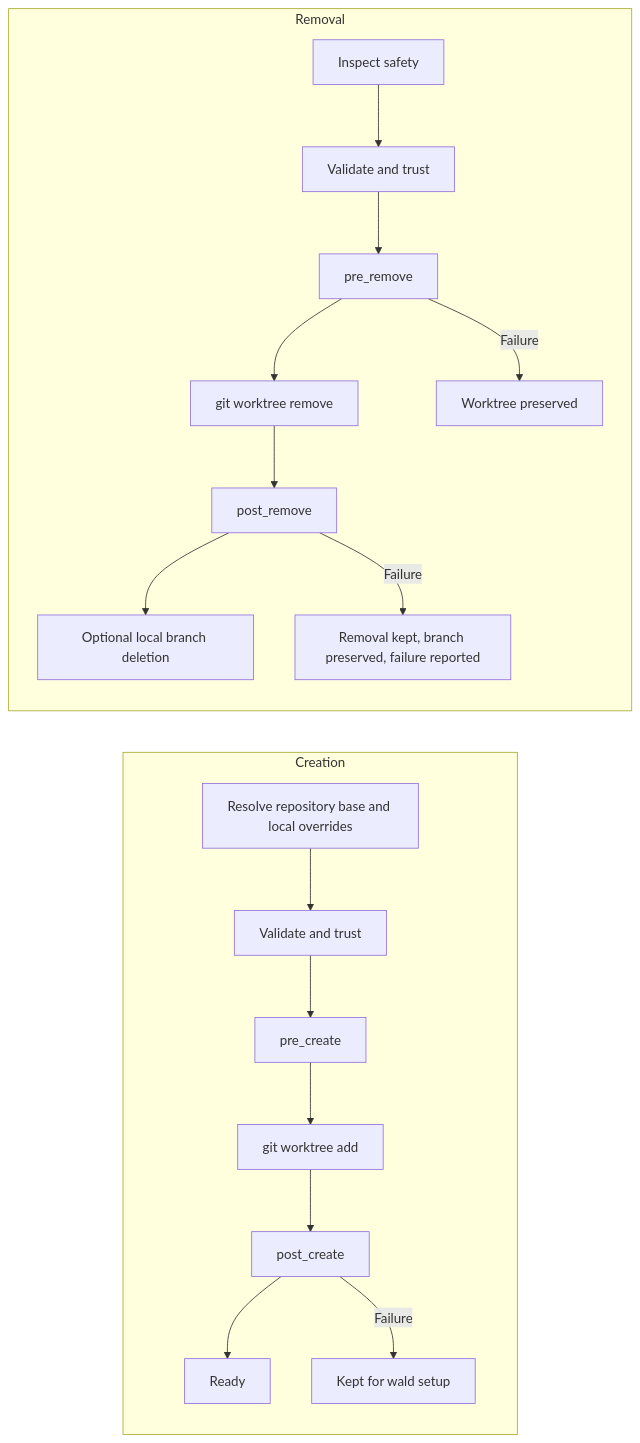
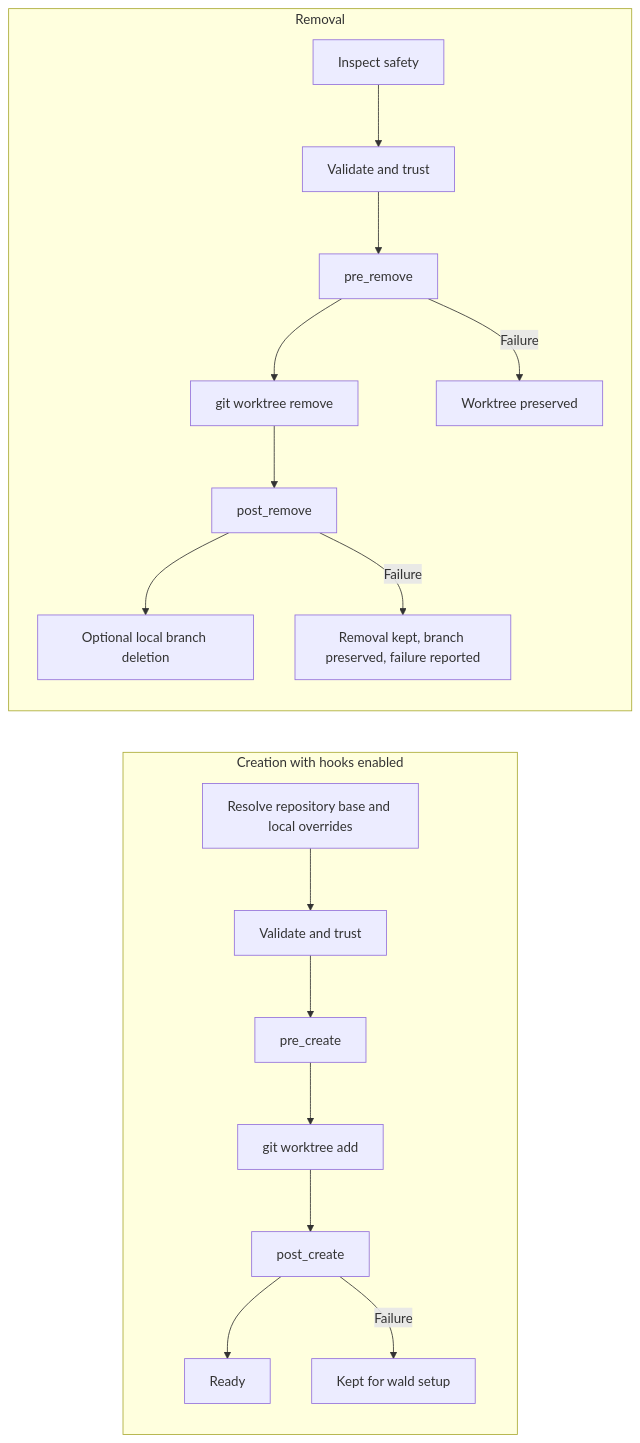
Before and after one commit to phillippbertram/wald-worktree: the diagram in docs/configuration.md, drawn with Mermaid. The commit also changed other lines of this file and 13 other files, not shown here.

````diff
--- a/docs/configuration.md
+++ b/docs/configuration.md
@@ -507,21 +515,21 @@
 ```mermaid
 flowchart LR
-    subgraph Creation
+    subgraph Creation[Creation with hooks enabled]
       C1[Resolve repository base and local overrides] --> C2[Validate and trust]
       C2 --> C3[pre_create]
       C3 --> C4[git worktree add]
       C4 --> C5[post_create]
       C5 --> C6[Ready]
       C5 -- Failure --> C7[Kept for wald setup]
     end
 
     subgraph Removal
       R1[Inspect safety] --> R2[Validate and trust]
       R2 --> R3[pre_remove]
       R3 --> R4[git worktree remove]
       R4 --> R5[post_remove]
       R5 --> R8[Optional local branch deletion]
       R3 -- Failure --> R6[Worktree preserved]
       R5 -- Failure --> R7[Removal kept, branch preserved, failure reported]
     end
 ```
````
